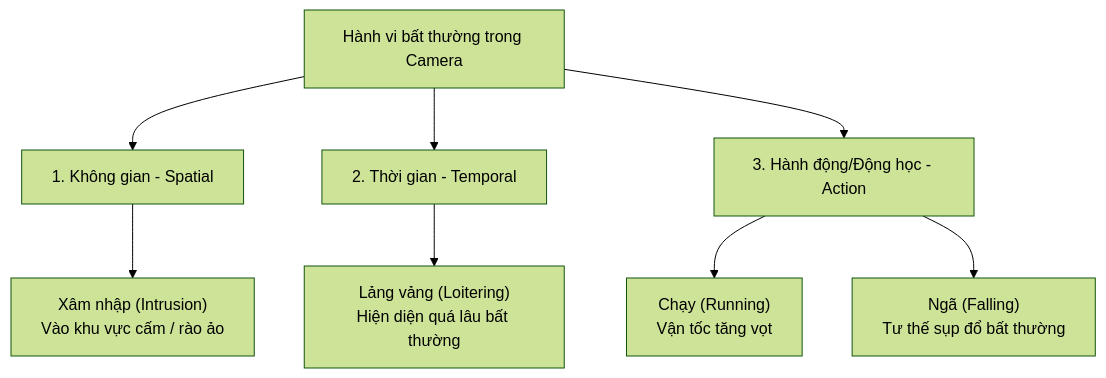
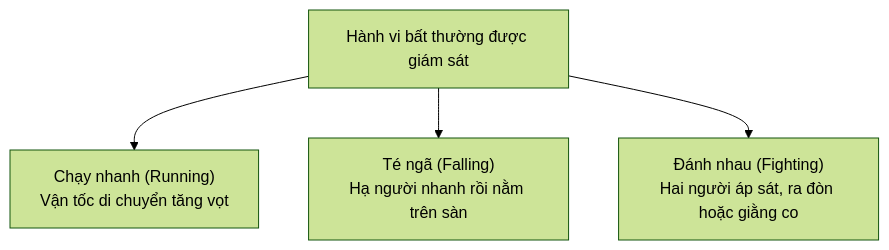
One commit to zindo511/HTTM changed the diagram in docs/01_tong_quan_bai_toan.md. Above: the diagram before and after it, drawn with Mermaid (forest theme). The commit also changed other lines of this file and 45 other files, not shown here.

````diff
--- a/docs/01_tong_quan_bai_toan.md
+++ b/docs/01_tong_quan_bai_toan.md
@@ -23,11 +23,6 @@
 ```mermaid
 graph TD
-    A[Hành vi bất thường trong Camera] --> B[1. Không gian - Spatial]
-    A --> C[2. Thời gian - Temporal]
-    A --> D[3. Hành động/Động học - Action]
-
-    B --> B1["Xâm nhập (Intrusion)<br>Vào khu vực cấm / rào ảo"]
-    C --> C1["Lảng vảng (Loitering)<br>Hiện diện quá lâu bất thường"]
-    D --> D1["Chạy (Running)<br>Vận tốc tăng vọt"]
-    D --> D2["Ngã (Falling)<br>Tư thế sụp đổ bất thường"]
+    A[Hành vi bất thường được giám sát] --> B["Chạy nhanh (Running)<br>Vận tốc di chuyển tăng vọt"]
+    A --> C["Té ngã (Falling)<br>Hạ người nhanh rồi nằm trên sàn"]
+    A --> D["Đánh nhau (Fighting)<br>Hai người áp sát, ra đòn hoặc giằng co"]
 ```
````
